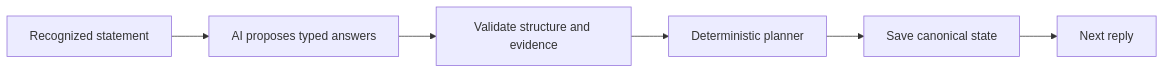
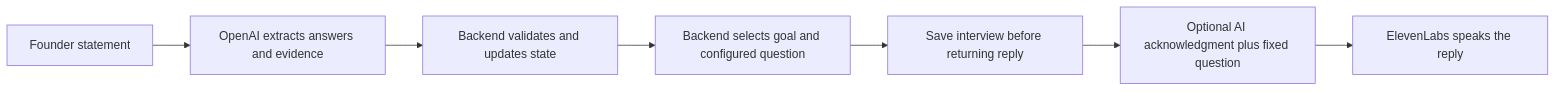
One commit to rgraefe/voice_agent changed the diagram in docs/learning/diagrams/03-give-ai-a-bounded-responsibility.mmd. Above: the diagram before and after it, drawn with Mermaid. The commit also changed 31 other files, not shown here.

```diff
--- a/docs/learning/diagrams/03-give-ai-a-bounded-responsibility.mmd
+++ b/docs/learning/diagrams/03-give-ai-a-bounded-responsibility.mmd
@@ -1,6 +1,7 @@
 flowchart LR
-    U[Recognized statement] --> L[AI proposes typed answers]
-    L --> V[Validate structure and evidence]
-    V --> P[Deterministic planner]
-    P --> S[Save canonical state]
-    S --> R[Next reply]
+    U[Founder statement] --> L[OpenAI extracts answers and evidence]
+    L --> V[Backend validates and updates state]
+    V --> P[Backend selects goal and configured question]
+    P --> S[Save interview before returning reply]
+    S --> R[Optional AI acknowledgment plus fixed question]
+    R --> T[ElevenLabs speaks the reply]
```
